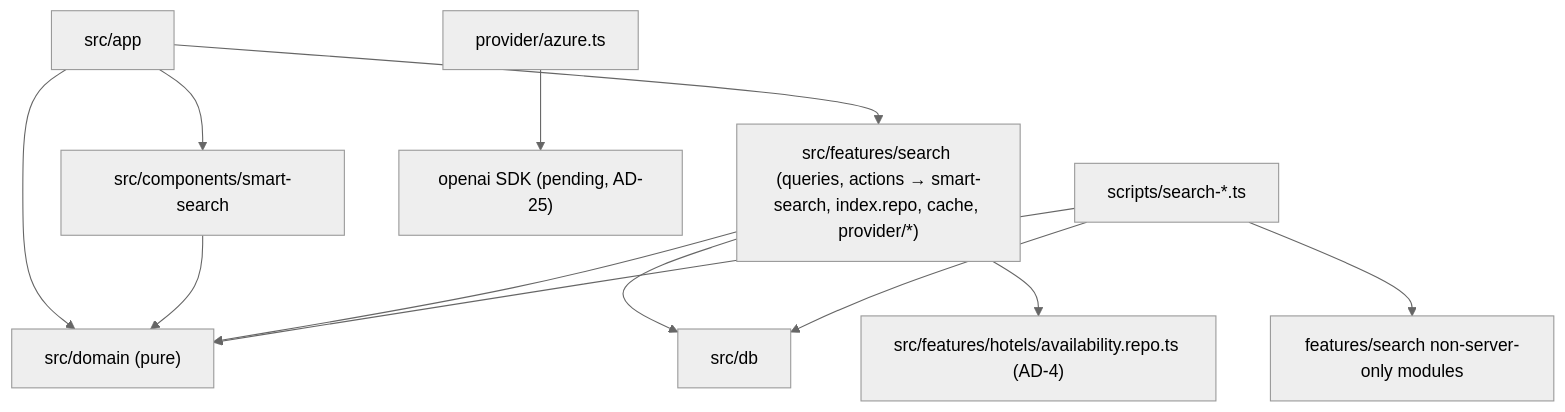
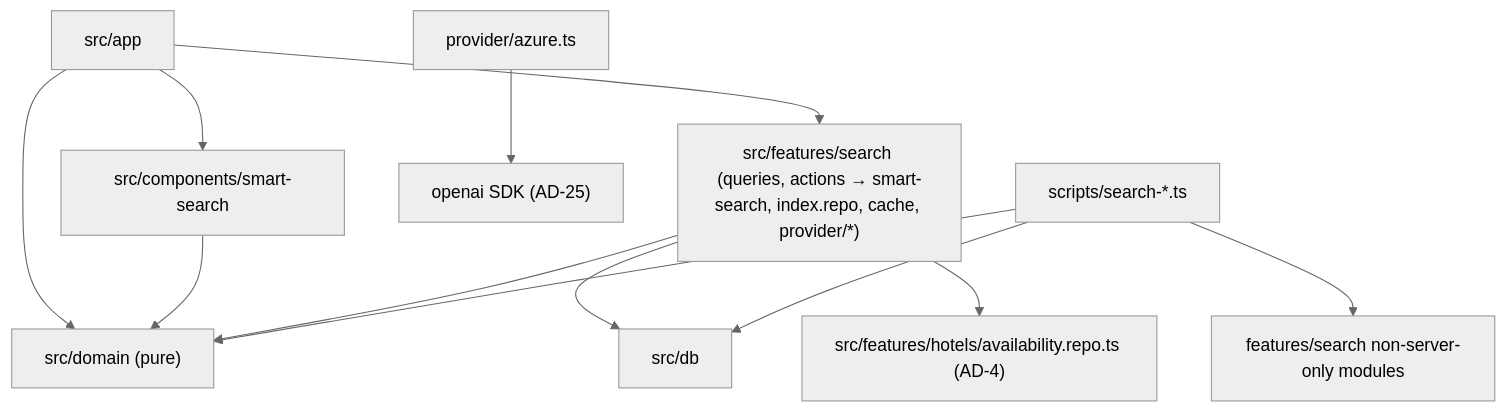
The second of 5 diagrams in _bmad-output/initiative-checkinn-smart-search/architecture-smart-search/architecture-smart-search.md (Dynamic-Visual-Technologies-PTY-LTD/checkinn), drawn with Mermaid (neutral theme) before and after one commit. The commit also changed other lines of this file and 3 other files, not shown here.

Commit message:
docs(search): record approvals and resolved architecture questions

````diff
--- a/_bmad-output/initiative-checkinn-smart-search/architecture-smart-search/architecture-smart-search.md
+++ b/_bmad-output/initiative-checkinn-smart-search/architecture-smart-search/architecture-smart-search.md
@@ -62,14 +62,14 @@
 ```mermaid
 flowchart TD
   app["src/app"] --> features["src/features/search (queries, actions → smart-search, index.repo, cache, provider/*)"]
   app --> components["src/components/smart-search"]
   app --> domain
   components --> domain["src/domain (pure)"]
   features --> domain
   features --> db["src/db"]
   features --> hotels["src/features/hotels/availability.repo.ts (AD-4)"]
-  azure["provider/azure.ts"] --> sdk["openai SDK (pending, AD-25)"]
+  azure["provider/azure.ts"] --> sdk["openai SDK (AD-25)"]
   scripts["scripts/search-*.ts"] --> core["features/search non-server-only modules"]
   scripts --> domain
   scripts --> db
 ```
````
